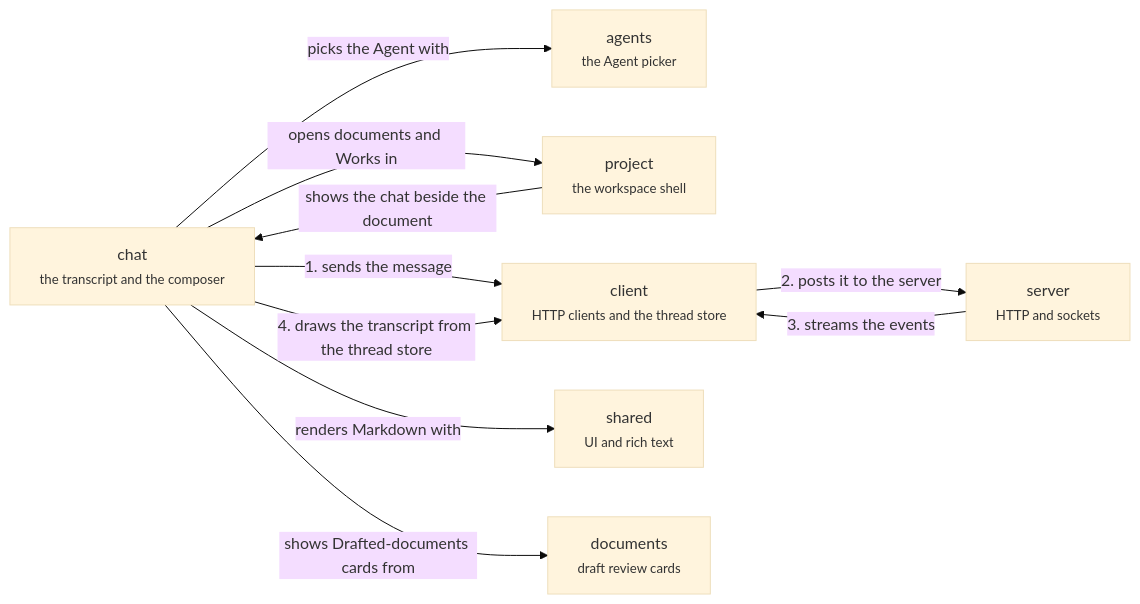
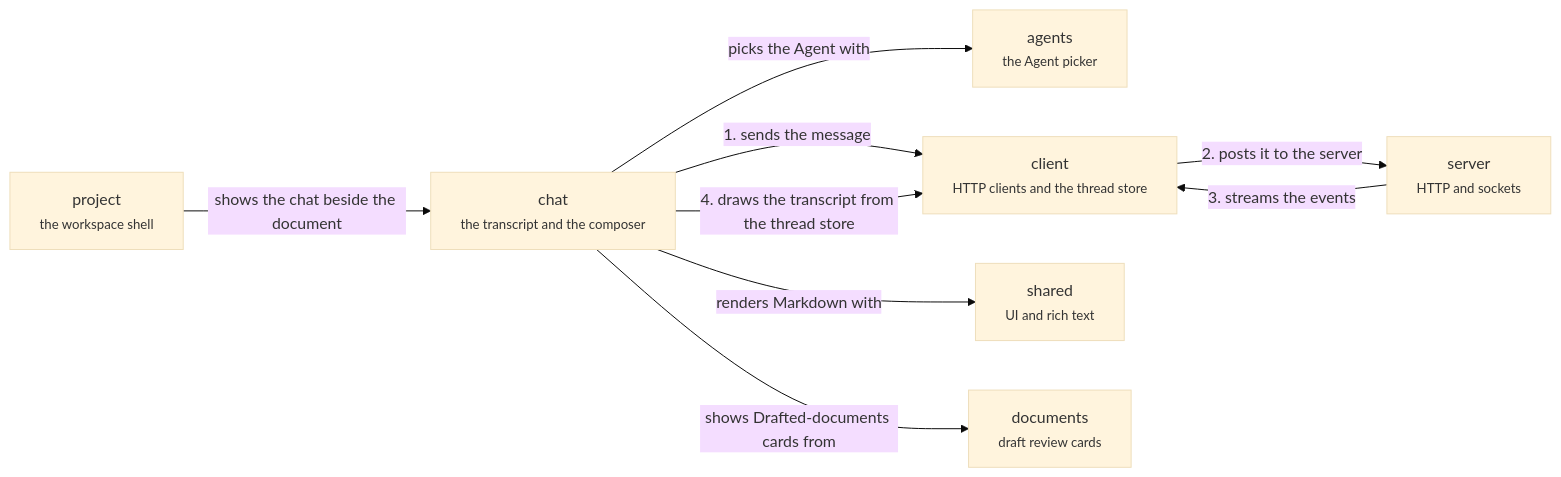
One commit to haowjy/meridian-flow changed the diagram in .context/system-architecture/app-conversation.md. Above: the diagram before and after it, drawn with Mermaid (base theme). The commit also changed 13 other files, not shown here.

````diff
--- a/.context/system-architecture/app-conversation.md
+++ b/.context/system-architecture/app-conversation.md
@@ -5,19 +5,18 @@
 ```mermaid
 flowchart LR
   chat["chat<br/><small>the transcript and the composer</small>"]:::feature
   agents["agents<br/><small>the Agent picker</small>"]:::feature
   project["project<br/><small>the workspace shell</small>"]:::context
   client["client<br/><small>HTTP clients and the thread store</small>"]:::context
   shared["shared<br/><small>UI and rich text</small>"]:::context
   documents["documents<br/><small>draft review cards</small>"]:::context
   server["server<br/><small>HTTP and sockets</small>"]:::context
   chat -->|"1. sends the message"| client
   client -->|"2. posts it to the server"| server
   server -->|"3. streams the events"| client
   chat -->|"4. draws the transcript from the thread store"| client
   chat -->|"picks the Agent with"| agents
   project -->|"shows the chat beside the document"| chat
   chat -->|"renders Markdown with"| shared
   chat -->|"shows Drafted-documents cards from"| documents
-  chat -->|"opens documents and Works in"| project
 ```
````
